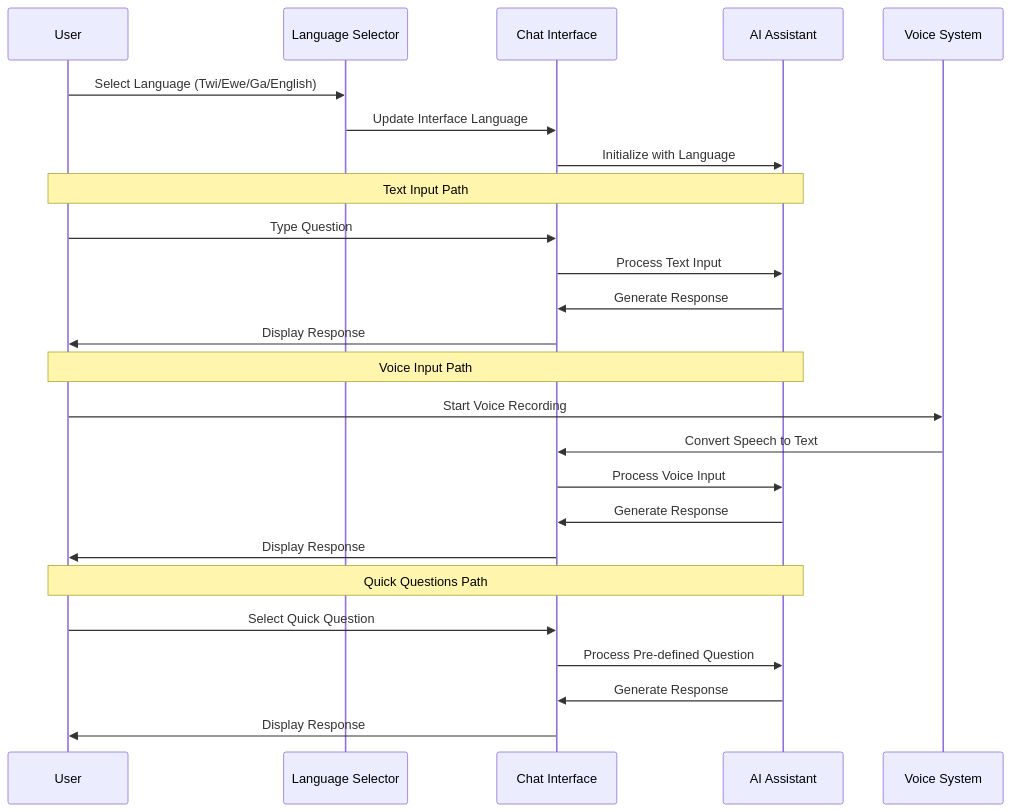
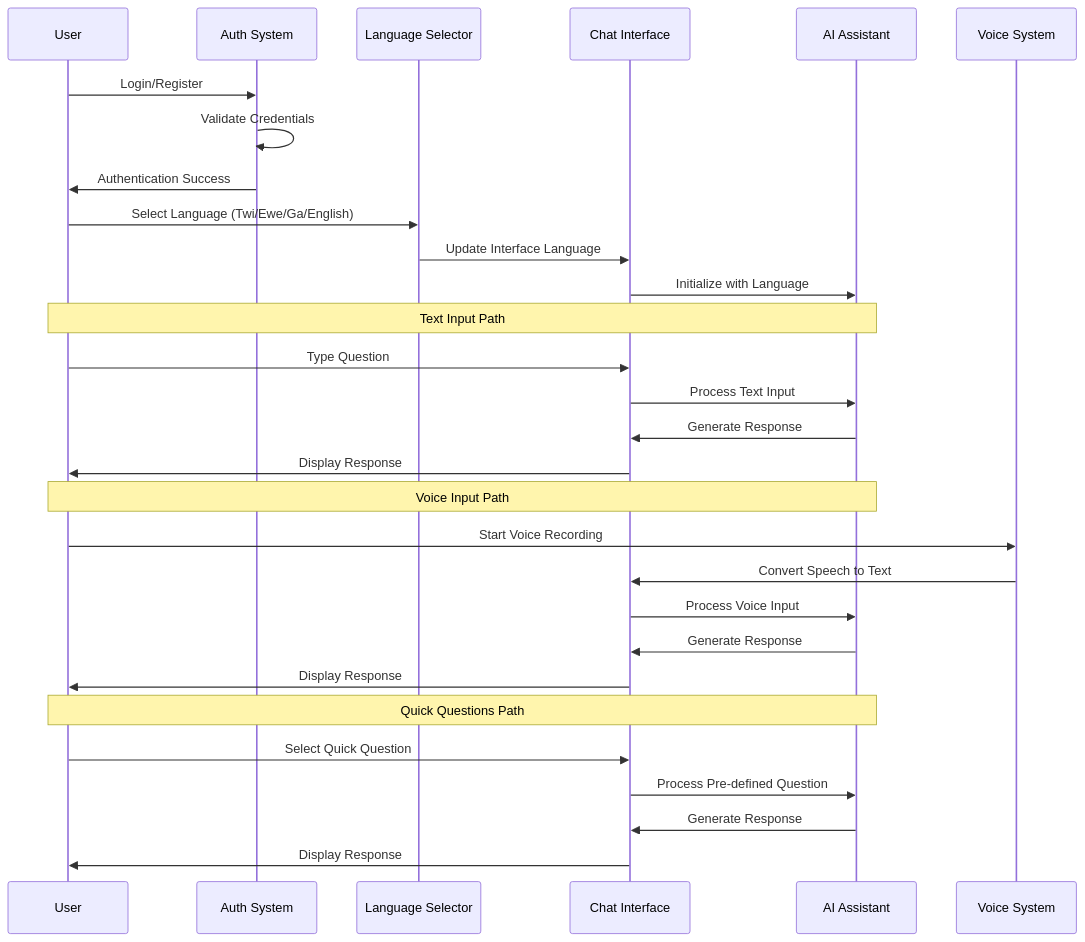
The second of 6 diagrams in README.md (AkakpoErnest/Agribot-), drawn with Mermaid before and after one commit. The commit also changed other lines of this file and 1 other file, not shown here.

````diff
--- a/README.md
+++ b/README.md
@@ -67,31 +83,36 @@
 ```mermaid
 sequenceDiagram
     participant U as User
+    participant A as Auth System
     participant L as Language Selector
     participant C as Chat Interface
     participant AI as AI Assistant
     participant V as Voice System
+    
+    U->>A: Login/Register
+    A->>A: Validate Credentials
+    A->>U: Authentication Success
     
     U->>L: Select Language (Twi/Ewe/Ga/English)
     L->>C: Update Interface Language
     C->>AI: Initialize with Language
     
     Note over U,AI: Text Input Path
     U->>C: Type Question
     C->>AI: Process Text Input
     AI->>C: Generate Response
     C->>U: Display Response
     
     Note over U,AI: Voice Input Path
     U->>V: Start Voice Recording
     V->>C: Convert Speech to Text
     C->>AI: Process Voice Input
     AI->>C: Generate Response
     C->>U: Display Response
     
     Note over U,AI: Quick Questions Path
     U->>C: Select Quick Question
     C->>AI: Process Pre-defined Question
     AI->>C: Generate Response
     C->>U: Display Response
 ```
````
